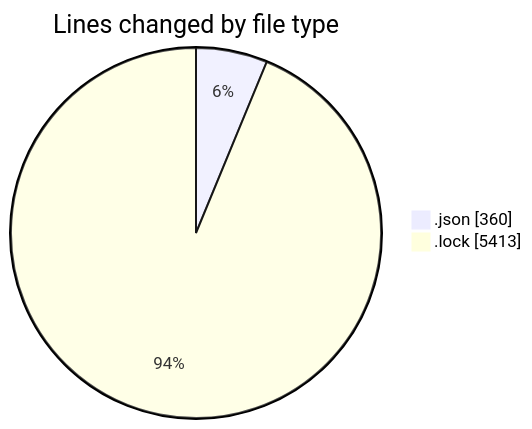
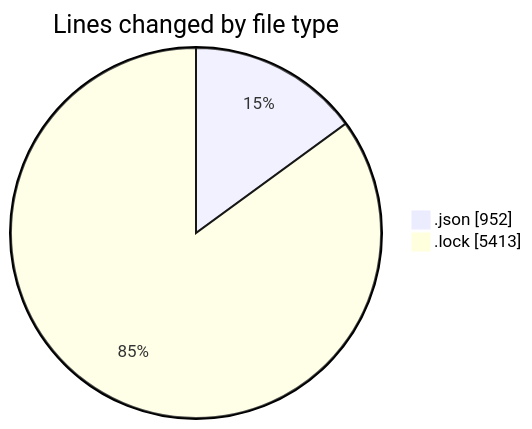
One commit to EIIisD/code-tracking changed the first of 2 diagrams in 2025-08-11/ribbon/README.md. Above: the diagram before and after it, drawn with Mermaid. The commit also changed other lines of this file and 1 other file, not shown here.

````diff
--- a/2025-08-11/ribbon/README.md
+++ b/2025-08-11/ribbon/README.md
@@ -21,6 +22,6 @@
 ```mermaid
 pie showData
 title Lines changed by file type
-".json" : 360
+".json" : 952
 ".lock" : 5413
 ```
````
